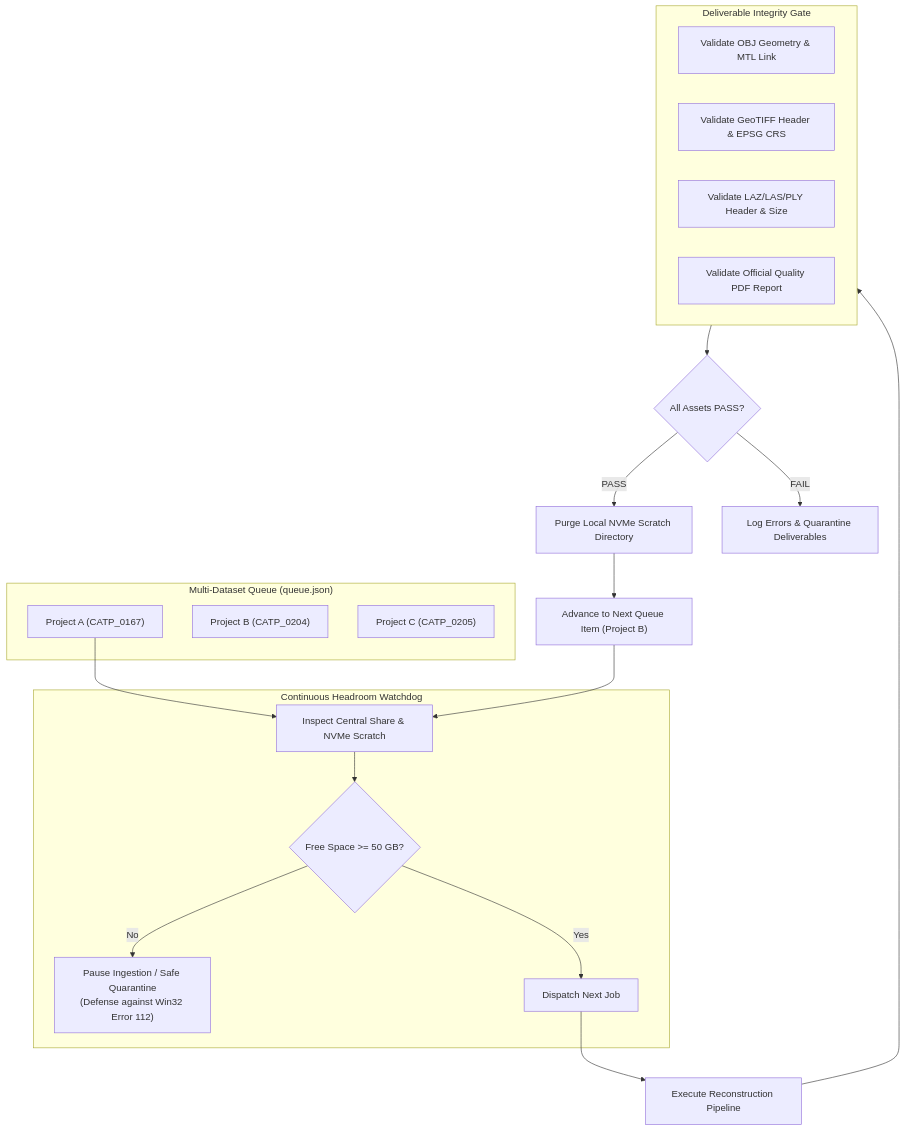
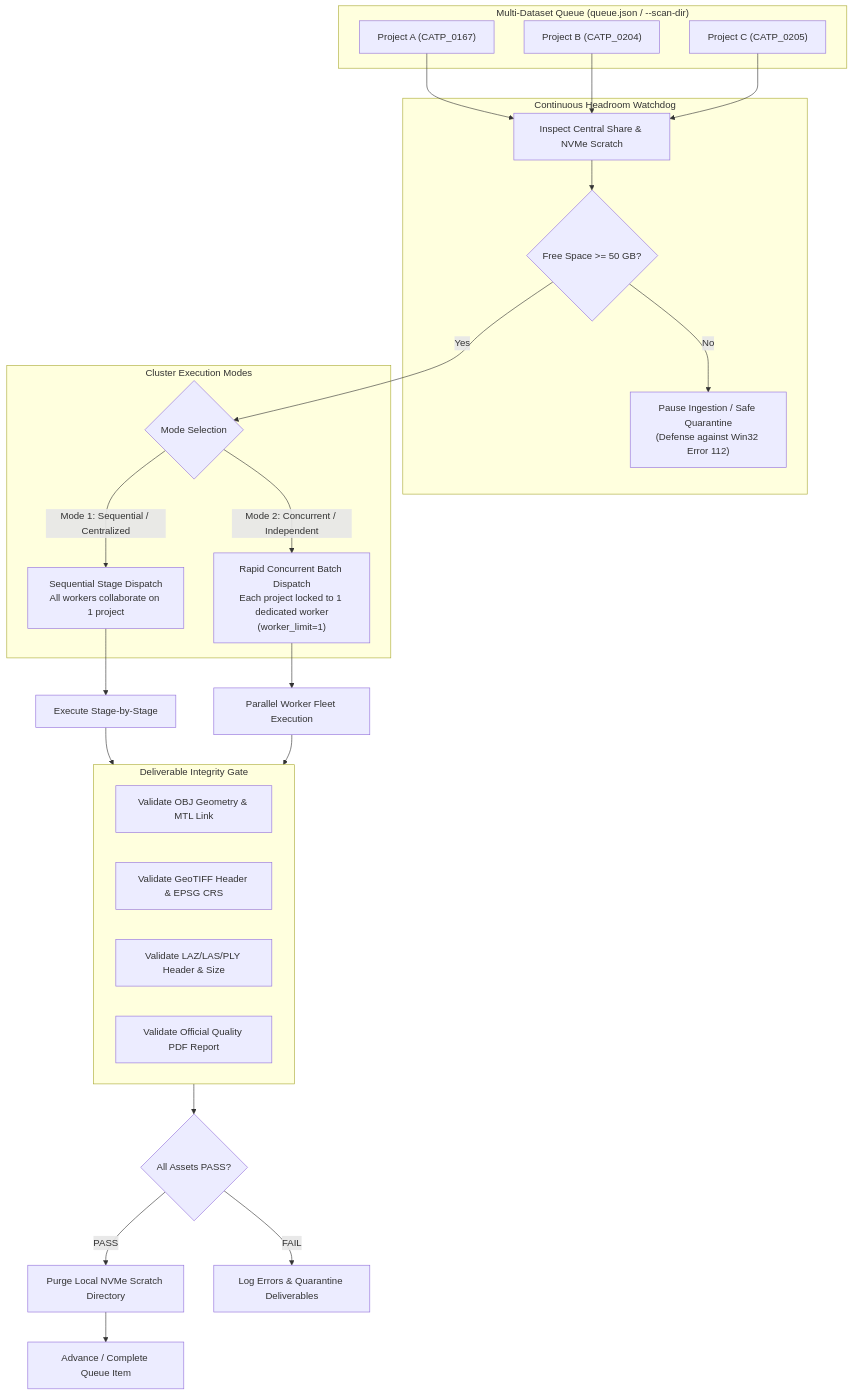
Before and after one commit to ngviettam82/AutoMetashape: the diagram in skills/user/cluster-supervisor/SKILL.md, drawn with Mermaid. The commit also changed other lines of this file and 4 other files, not shown here.

First line of the commit message:
feat: Implement concurrent multi-project cluster queue dispatch and supervision

````diff
--- a/skills/user/cluster-supervisor/SKILL.md
+++ b/skills/user/cluster-supervisor/SKILL.md
@@ -34,32 +34,40 @@
 ```mermaid
 flowchart TD
-    subgraph Multi_Dataset_Queue["Multi-Dataset Queue (queue.json)"]
+    subgraph Multi_Dataset_Queue["Multi-Dataset Queue (queue.json / --scan-dir)"]
         Job1["Project A (CATP_0167)"]
         Job2["Project B (CATP_0204)"]
         Job3["Project C (CATP_0205)"]
     end
 
     subgraph Headroom_Watchdog["Continuous Headroom Watchdog"]
         Sample["Inspect Central Share & NVMe Scratch"]
         Check{"Free Space >= 50 GB?"}
         Sample --> Check
         Check -->|No| PauseAlert["Pause Ingestion / Safe Quarantine\n(Defense against Win32 Error 112)"]
-        Check -->|Yes| Dispatch["Dispatch Next Job"]
+    end
+
+    subgraph Execution_Modes["Cluster Execution Modes"]
+        Check -->|Yes| RouteMode{"Mode Selection"}
+        RouteMode -->|Mode 1: Sequential / Centralized| SeqDispatch["Sequential Stage Dispatch\nAll workers collaborate on 1 project"]
+        RouteMode -->|Mode 2: Concurrent / Independent| ConcDispatch["Rapid Concurrent Batch Dispatch\nEach project locked to 1 dedicated worker\n(worker_limit=1)"]
     end
 
     subgraph Integrity_Gate["Deliverable Integrity Gate"]
         CheckOBJ["Validate OBJ Geometry & MTL Link"]
         CheckTIFF["Validate GeoTIFF Header & EPSG CRS"]
         CheckCloud["Validate LAZ/LAS/PLY Header & Size"]
         CheckPDF["Validate Official Quality PDF Report"]
     end
 
     Job1 --> Sample
-    Dispatch --> Run["Execute Reconstruction Pipeline"]
-    Run --> Integrity_Gate
+    Job2 --> Sample
+    Job3 --> Sample
+    SeqDispatch --> RunSeq["Execute Stage-by-Stage"]
+    ConcDispatch --> RunConc["Parallel Worker Fleet Execution"]
+    RunSeq --> Integrity_Gate
+    RunConc --> Integrity_Gate
     Integrity_Gate --> Eval{"All Assets PASS?"}
     Eval -->|PASS| Purge["Purge Local NVMe Scratch Directory"]
-    Purge --> Advance["Advance to Next Queue Item (Project B)"]
-    Advance --> Sample
+    Purge --> Advance["Advance / Complete Queue Item"]
     Eval -->|FAIL| Quarantine["Log Errors & Quarantine Deliverables"]
 ```
````
